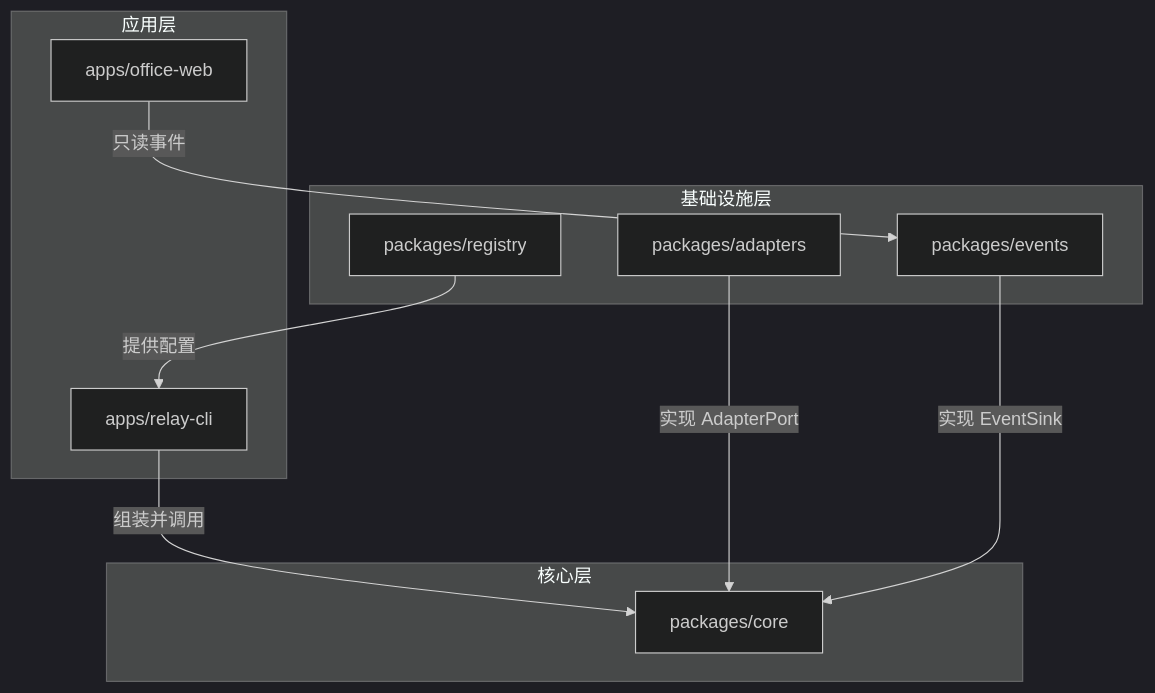
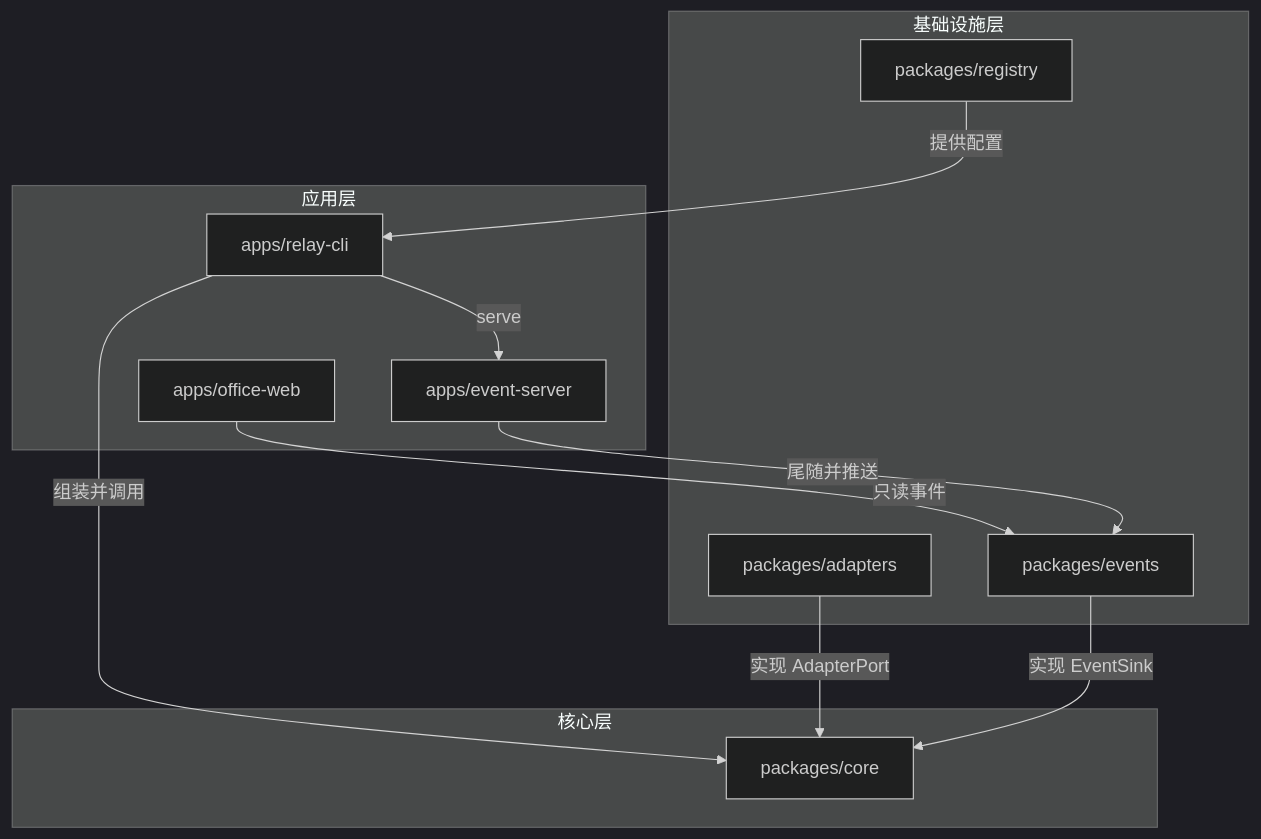
Before and after one commit to huowa-ai/grokbot-ai-office: the diagram in README.md, drawn with Mermaid (dark theme). The commit also changed other lines of this file and 57 other files, not shown here.

First line of the commit message:
feat: 实时事件流与路线图

````diff
--- a/README.md
+++ b/README.md
@@ -31,20 +31,23 @@
 ```mermaid
 flowchart TB
   subgraph appLayer [应用层]
     cli[apps/relay-cli]
+    server[apps/event-server]
     web[apps/office-web]
   end
   subgraph coreLayer [核心层]
     core[packages/core]
   end
   subgraph infraLayer [基础设施层]
     adapters[packages/adapters]
     registry[packages/registry]
     events[packages/events]
   end
   cli -->|组装并调用| core
   adapters -->|实现 AdapterPort| core
   registry -->|提供配置| cli
   events -->|实现 EventSink| core
   web -->|只读事件| events
+  server -->|尾随并推送| events
+  cli -->|serve| server
 ```
````
